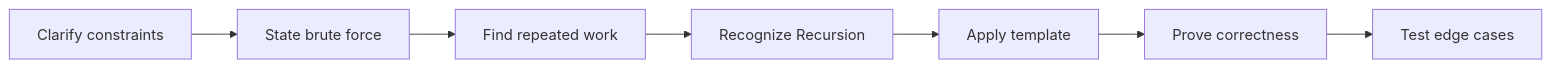
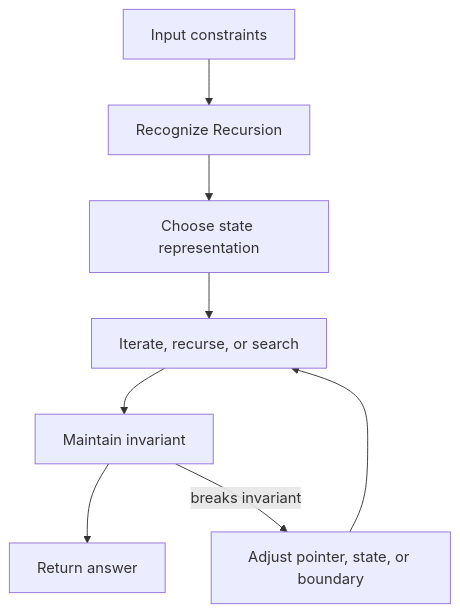
One commit to abstractinterviews/abstractinterviews.github.io changed the second of 2 diagrams in coding-round/foundations/recursion/index.md. Above: the diagram before and after it, drawn with Mermaid. The commit also changed other lines of this file and 278 other files, not shown here.

````diff
--- a/coding-round/foundations/recursion/index.md
+++ b/coding-round/foundations/recursion/index.md
@@ -123,9 +121,10 @@
-~~~mermaid
-flowchart LR
-    A["Clarify constraints"] --> B["State brute force"]
-    B --> C["Find repeated work"]
-    C --> D["Recognize Recursion"]
-    D --> E["Apply template"]
-    E --> F["Prove correctness"]
-    F --> G["Test edge cases"]
-~~~
+```mermaid
+flowchart TD
+    Input["Input constraints"] --> Pattern["Recognize Recursion"]
+    Pattern --> State["Choose state representation"]
+    State --> Iterate["Iterate, recurse, or search"]
+    Iterate --> Check["Maintain invariant"]
+    Check --> Result["Return answer"]
+    Check -->|breaks invariant| Fix["Adjust pointer, state, or boundary"]
+    Fix --> Iterate
+```
````
